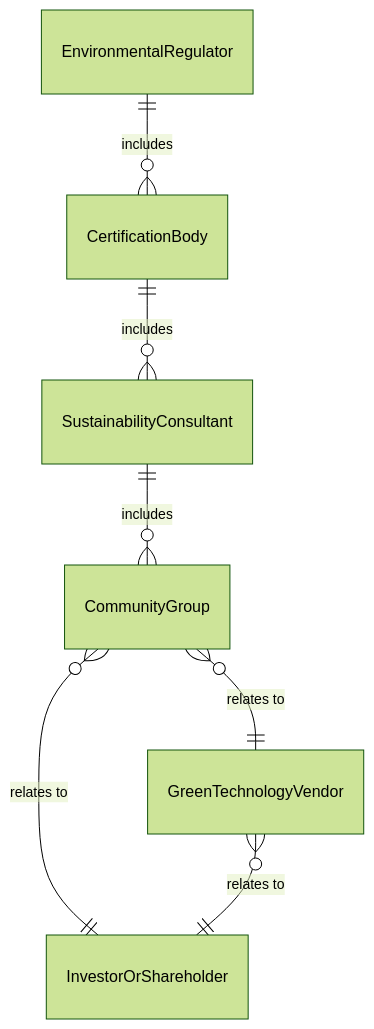
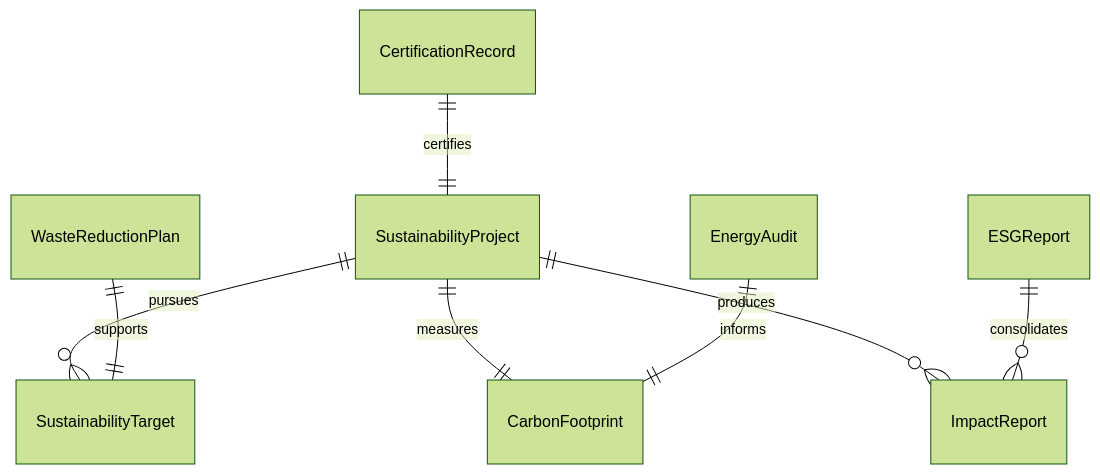
The first of 4 diagrams in GuidingDirectingAndMotivatingSubordinates/DirectOrganizationalOperationsActivitiesOrProcedures/ManageEnvironmentalSustainabilityProjects.mdx (dot-org-ai/tasks.org.ai), drawn with Mermaid (forest theme) before and after one commit. The commit also changed other lines of this file and 515 other files, not shown here.

````diff
--- a/GuidingDirectingAndMotivatingSubordinates/DirectOrganizationalOperationsActivitiesOrProcedures/ManageEnvironmentalSustainabilityProjects.mdx
+++ b/GuidingDirectingAndMotivatingSubordinates/DirectOrganizationalOperationsActivitiesOrProcedures/ManageEnvironmentalSustainabilityProjects.mdx
@@ -94,9 +94,10 @@
 ```mermaid
 erDiagram
-    EnvironmentalRegulator ||--o{ CertificationBody : includes
-    CertificationBody ||--o{ SustainabilityConsultant : includes
-    SustainabilityConsultant ||--o{ CommunityGroup : includes
-    CommunityGroup }o--|| GreenTechnologyVendor : "relates to"
-    CommunityGroup }o--|| InvestorOrShareholder : "relates to"
-    GreenTechnologyVendor }o--|| InvestorOrShareholder : "relates to"
+    SustainabilityProject ||--o{ SustainabilityTarget : "pursues"
+    SustainabilityProject ||--|| CarbonFootprint : "measures"
+    SustainabilityProject ||--o{ ImpactReport : "produces"
+    CertificationRecord ||--|| SustainabilityProject : "certifies"
+    WasteReductionPlan ||--|| SustainabilityTarget : "supports"
+    EnergyAudit ||--|| CarbonFootprint : "informs"
+    ESGReport ||--o{ ImpactReport : "consolidates"
 ```
````
